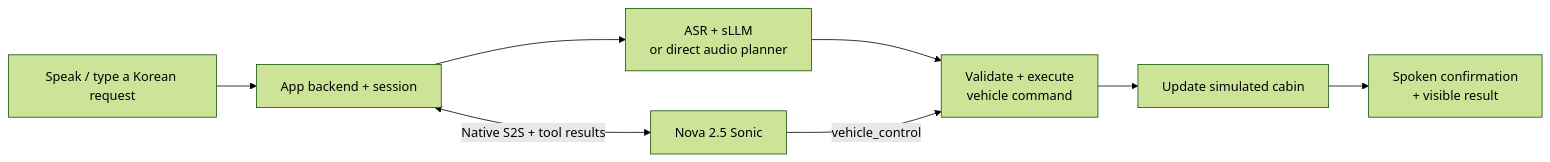
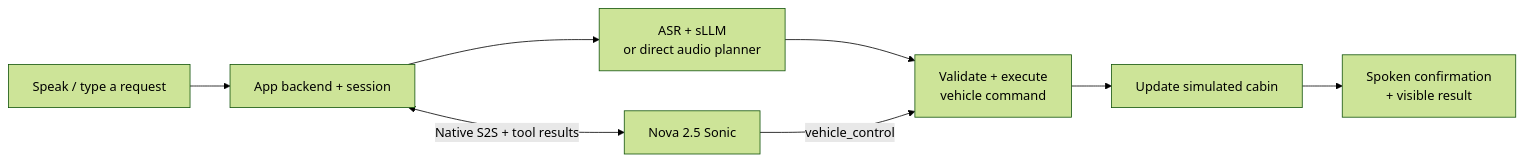
One commit to daekeun-ml/vehicle-voice-lab changed the diagram in README.md. Above: the diagram before and after it, drawn with Mermaid (forest theme). The commit also changed other lines of this file, not shown here.

````diff
--- a/README.md
+++ b/README.md
@@ -87,10 +89,10 @@
 ```mermaid
 flowchart LR
-    User["Speak / type a Korean request"] --> App["App backend + session"]
+    User["Speak / type a request"] --> App["App backend + session"]
     App --> Model["ASR + sLLM<br/>or direct audio planner"]
     Model --> Execute["Validate + execute<br/>vehicle command"]
     Execute --> State["Update simulated cabin"]
     State --> Voice["Spoken confirmation<br/>+ visible result"]
     App <-->|"Native S2S + tool results"| Sonic["Nova 2.5 Sonic"]
     Sonic -->|"vehicle_control"| Execute
 ```
````
